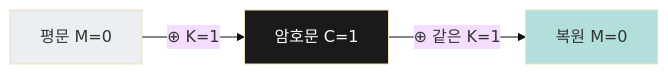
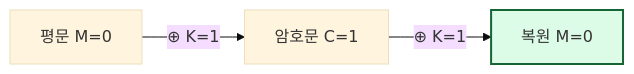
One commit to KMUTMU/information-security changed the second of 12 diagrams in 02_대칭키암호_정리.md. Above: the diagram before and after it, drawn with Mermaid (base theme). The commit also changed other lines of this file and 5 other files, not shown here.

Commit message:
Mermaid 다이어그램 가독성 개선: 짧은 라벨·이모지 제거·색상 최소화

````diff
--- a/02_대칭키암호_정리.md
+++ b/02_대칭키암호_정리.md
@@ -32,8 +31,6 @@
 ```mermaid
 flowchart LR
-    M["평문 M=0"] -->|"⊕ K=1"| C["암호문 C=1"]
-    C -->|"⊕ 같은 K=1"| M2["복원 M=0"]
-    style M fill:#eceff1
-    style C fill:#1a1a1a,color:#fff
-    style M2 fill:#b2dfdb
+    M["평문 M=0"] -->|"⊕ K=1"| C["암호문 C=1"] -->|"⊕ K=1"| M2["복원 M=0"]
+    classDef key fill:#dcfce7,stroke:#166534,stroke-width:2px
+    class M2 key
 ```
````
